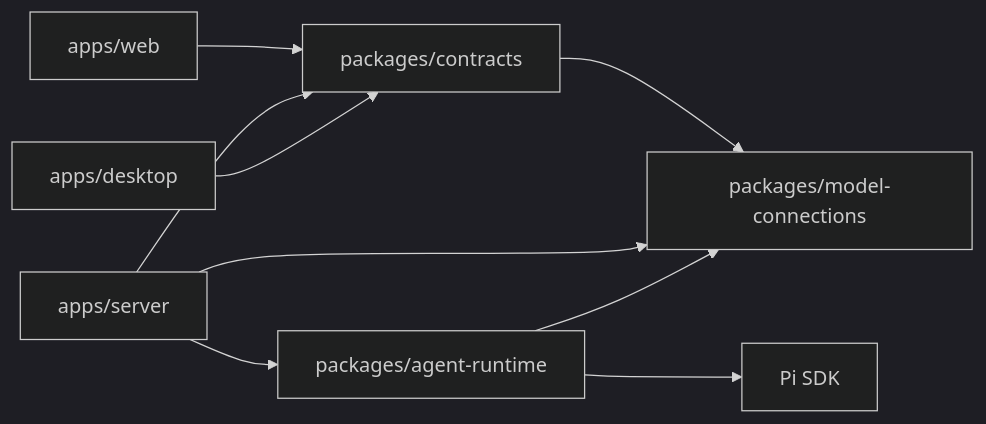
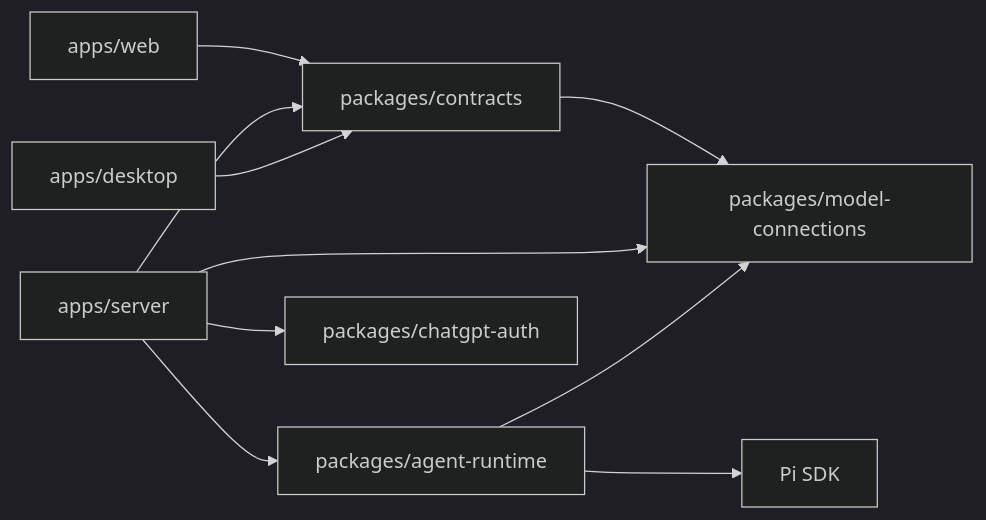
One commit to gongshuiwen/learn-electron changed the first of 2 diagrams in docs/architecture.md. Above: the diagram before and after it, drawn with Mermaid (dark theme). The commit also changed other lines of this file and 30 other files, not shown here.

````diff
--- a/docs/architecture.md
+++ b/docs/architecture.md
@@ -7,11 +7,12 @@
 ```mermaid
 flowchart LR
   Web[apps/web] --> Contracts[packages/contracts]
   Server[apps/server] --> Contracts
   Server --> Runtime[packages/agent-runtime]
+  Server --> ChatGPTAuth[packages/chatgpt-auth]
   Desktop[apps/desktop] --> Contracts
   Contracts --> Connections[packages/model-connections]
   Server --> Connections
   Runtime --> Connections
   Runtime --> Pi[Pi SDK]
 ```
````
